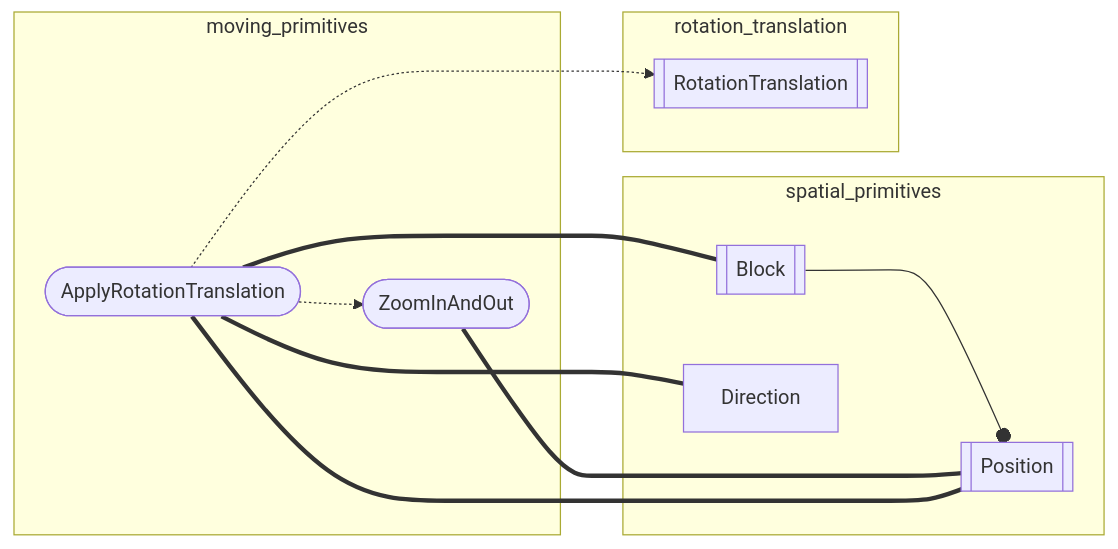
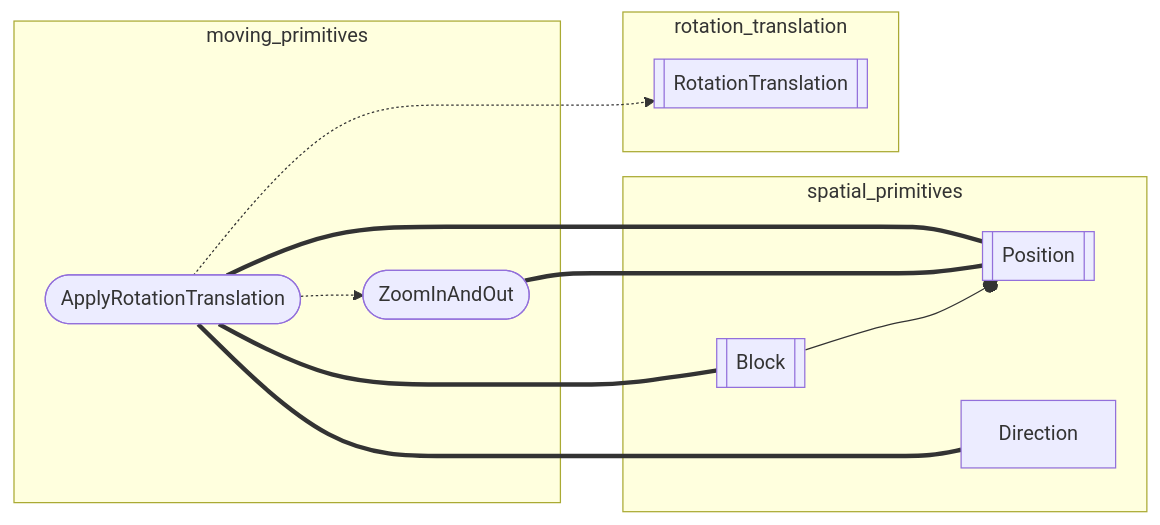
Before and after one commit to inesvar/tetris: the second of 2 diagrams in src/app/player/back_end/flowgraph.md, drawn with Mermaid. The commit also changed 1 other file, not shown here.

Commit message:
Cleaning spatial_primitives unit tests

````diff
--- a/src/app/player/back_end/flowgraph.md
+++ b/src/app/player/back_end/flowgraph.md
@@ -47,36 +47,37 @@
 ```mermaid
 graph LR
     %% objects
     Position[[Position]]
     Block[[Block]]
     Direction[Direction]
     RotationTranslation[[RotationTranslation]]
     ApplyRotationTranslation([ApplyRotationTranslation])
     ZoomInAndOut([ZoomInAndOut])
 
     %% modules
     rotation_translation[rotation_translation]
     spatial_primitives[spatial_primitives]
     moving_primitives[moving_primitives]
 
     subgraph spatial_primitives
         Block --o Position
         Direction
     end
 
     subgraph rotation_translation
         RotationTranslation
     end
 
     subgraph moving_primitives
         ApplyRotationTranslation
         ZoomInAndOut
     end
 
     ZoomInAndOut === Position
     ApplyRotationTranslation === Position & Block & Direction
     ApplyRotationTranslation -.-> RotationTranslation
     ApplyRotationTranslation -.-> ZoomInAndOut
 
     ZoomInAndOut ~~~ Block & Direction & RotationTranslation
+    Block ~~~ Direction
 ```
````
